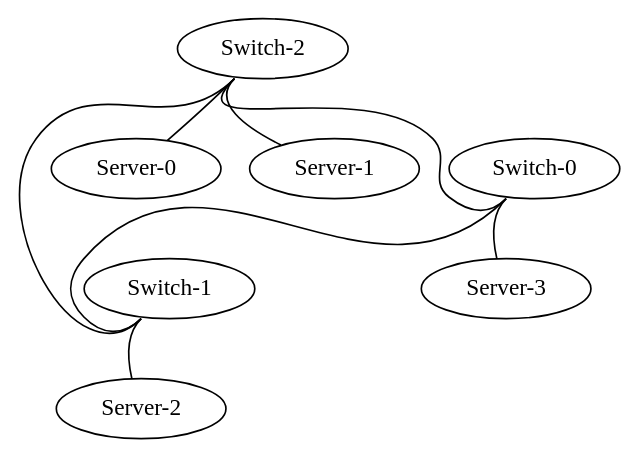
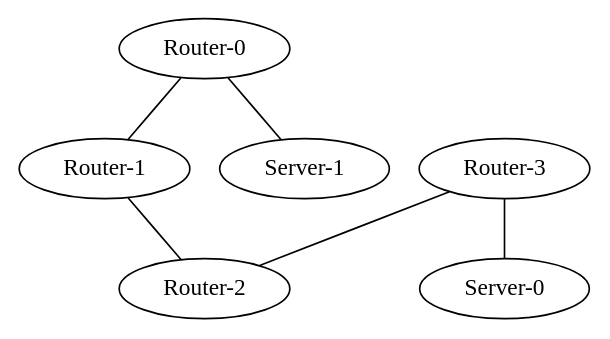
One commit to matferronato/TopologyGen changed the diagram in TopologyGen/TopologyInfo/topology.dot. Above: the diagram before and after it, drawn with Graphviz. The commit also changed 42 other files, not shown here.

```diff
--- a/TopologyGen/TopologyInfo/topology.dot
+++ b/TopologyGen/TopologyInfo/topology.dot
@@ -1,16 +1,13 @@
 graph vx {
+"Router-0" [function="leaf" vagrant="eth1" os="hashicorp/bionic64" version="1.0.282" memory="500" config="./helper_scripts/config_production_switch.sh" ]
+"Router-1" [function="leaf" vagrant="eth1" os="hashicorp/bionic64" version="1.0.282" memory="500" config="./helper_scripts/config_production_switch.sh" ]
+"Router-2" [function="leaf" vagrant="eth1" os="hashicorp/bionic64" version="1.0.282" memory="500" config="./helper_scripts/config_production_switch.sh" ]
+"Router-3" [function="leaf" vagrant="eth1" os="hashicorp/bionic64" version="1.0.282" memory="500" config="./helper_scripts/config_production_switch.sh" ]
 "Server-0" [function="leaf" vagrant="eth1" os="hashicorp/bionic64" version="1.0.282" memory="500" config="./helper_scripts/config_production_switch.sh" ]
 "Server-1" [function="leaf" vagrant="eth1" os="hashicorp/bionic64" version="1.0.282" memory="500" config="./helper_scripts/config_production_switch.sh" ]
-"Server-2" [function="leaf" vagrant="eth1" os="hashicorp/bionic64" version="1.0.282" memory="500" config="./helper_scripts/config_production_switch.sh" ]
-"Server-3" [function="leaf" vagrant="eth1" os="hashicorp/bionic64" version="1.0.282" memory="500" config="./helper_scripts/config_production_switch.sh" ]
-"Switch-0" [function="leaf" vagrant="eth1" os="hashicorp/bionic64" version="1.0.282" memory="500" config="./helper_scripts/config_production_switch.sh" ]
-"Switch-1" [function="leaf" vagrant="eth1" os="hashicorp/bionic64" version="1.0.282" memory="500" config="./helper_scripts/config_production_switch.sh" ]
-"Switch-2" [function="leaf" vagrant="eth1" os="hashicorp/bionic64" version="1.0.282" memory="500" config="./helper_scripts/config_production_switch.sh" ]
-"Switch-0":"swp1" -- "Server-3":"eth50"
-"Switch-0":"swp50" -- "Switch-1":"swp50"
-"Switch-1":"swp1" -- "Server-2":"eth50"
-"Switch-1":"swp51" -- "Switch-2":"swp50"
-"Switch-2":"swp1" -- "Server-1":"eth50"
-"Switch-2":"swp2" -- "Server-0":"eth50"
-"Switch-2":"swp51" -- "Switch-0":"swp51"
+"Router-0":"eth1" -- "Server-1":"eth100"
+"Router-3":"eth1" -- "Server-0":"eth100"
+"Router-0":"eth100" -- "Router-1":"eth100"
+"Router-3":"eth100" -- "Router-2":"eth100"
+"Router-1":"eth101" -- "Router-2":"eth101"
 }
```
